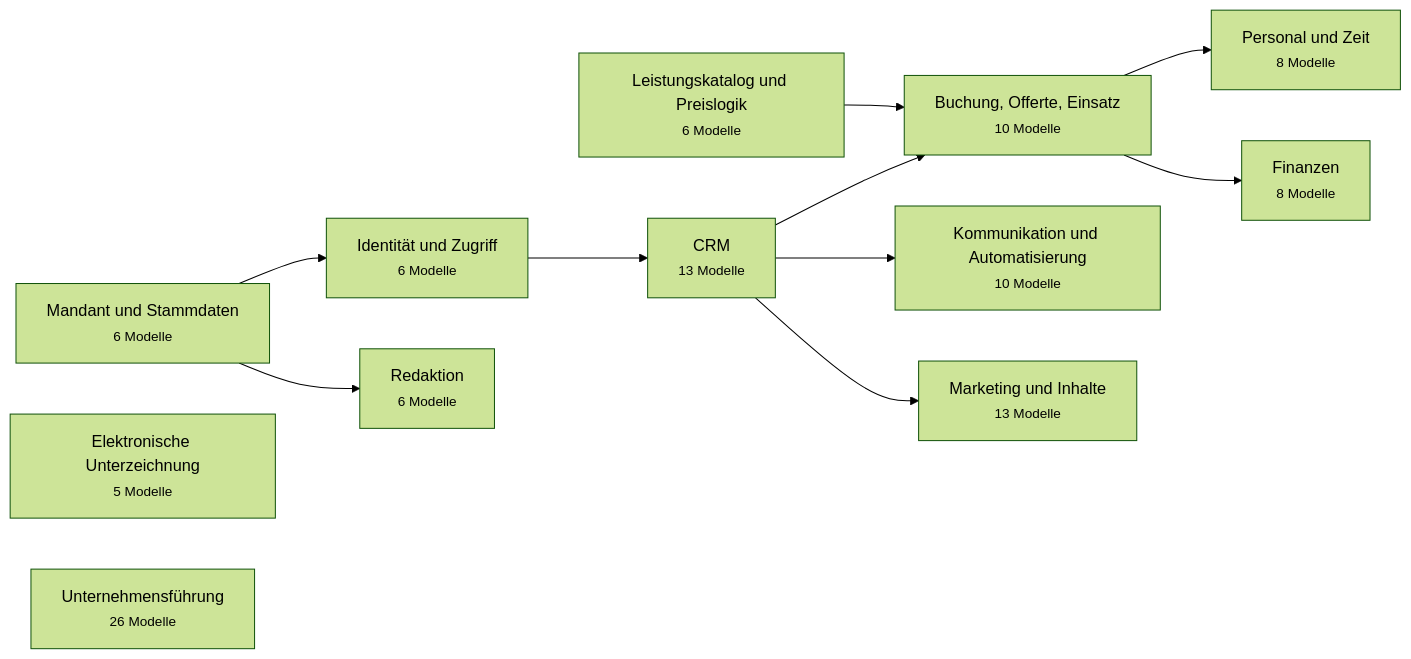
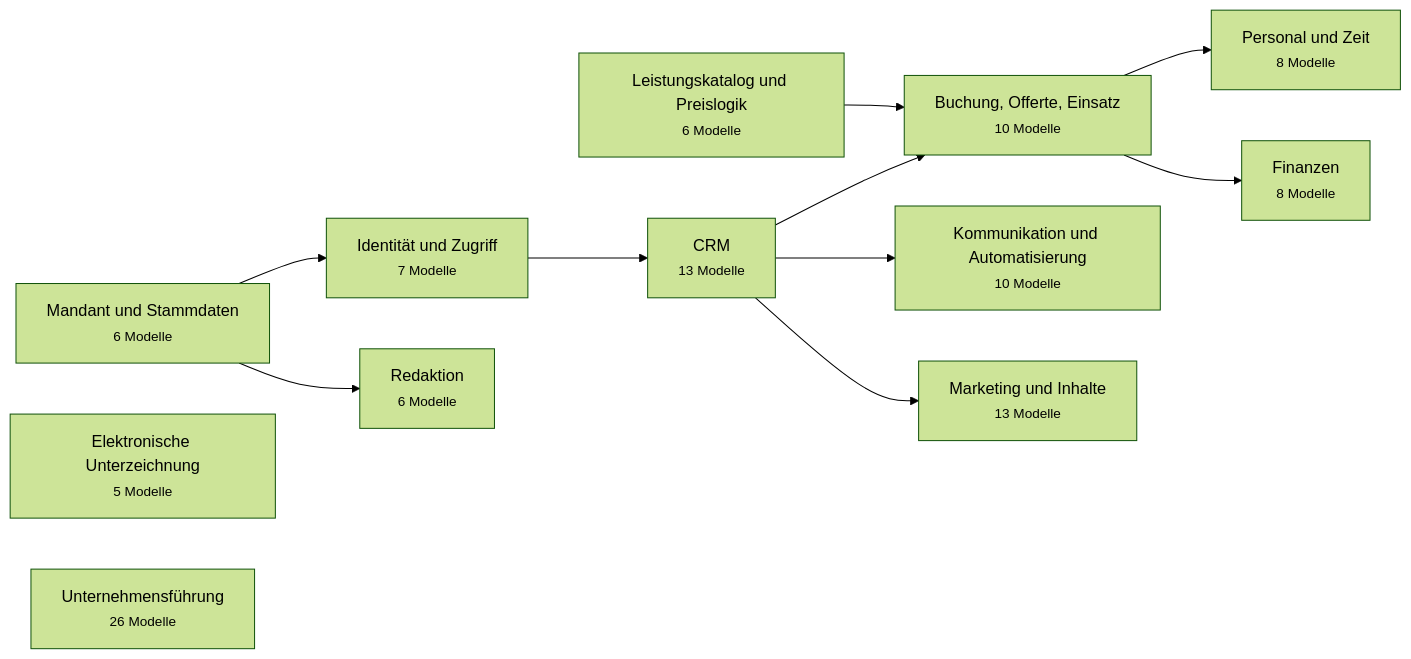
One commit to javadqasemi/Clenaris changed the first of 13 diagrams in docs/DATABASE.md. Above: the diagram before and after it, drawn with Mermaid (forest theme). The commit also changed other lines of this file and 6 other files, not shown here.

````diff
--- a/docs/DATABASE.md
+++ b/docs/DATABASE.md
@@ -36,24 +36,24 @@
 ```mermaid
 flowchart LR
   stammdaten["Mandant und Stammdaten<br/><small>6 Modelle</small>"]
-  identitaet["Identität und Zugriff<br/><small>6 Modelle</small>"]
+  identitaet["Identität und Zugriff<br/><small>7 Modelle</small>"]
   signatur["Elektronische Unterzeichnung<br/><small>5 Modelle</small>"]
   crm["CRM<br/><small>13 Modelle</small>"]
   katalog["Leistungskatalog und Preislogik<br/><small>6 Modelle</small>"]
   auftrag["Buchung, Offerte, Einsatz<br/><small>10 Modelle</small>"]
   personal["Personal und Zeit<br/><small>8 Modelle</small>"]
   finanzen["Finanzen<br/><small>8 Modelle</small>"]
   kommunikation["Kommunikation und Automatisierung<br/><small>10 Modelle</small>"]
   marketing["Marketing und Inhalte<br/><small>13 Modelle</small>"]
   redaktion["Redaktion<br/><small>6 Modelle</small>"]
   fuehrung["Unternehmensführung<br/><small>26 Modelle</small>"]
   stammdaten --> identitaet
   identitaet --> crm
   crm --> auftrag
   katalog --> auftrag
   auftrag --> personal
   auftrag --> finanzen
   crm --> kommunikation
   crm --> marketing
   stammdaten --> redaktion
 ```
````
